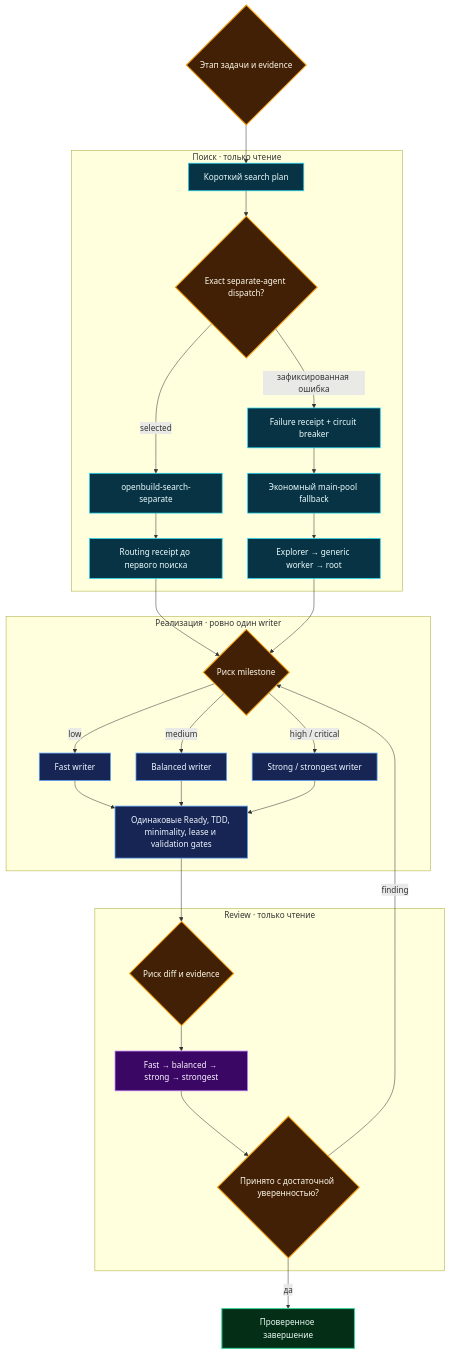
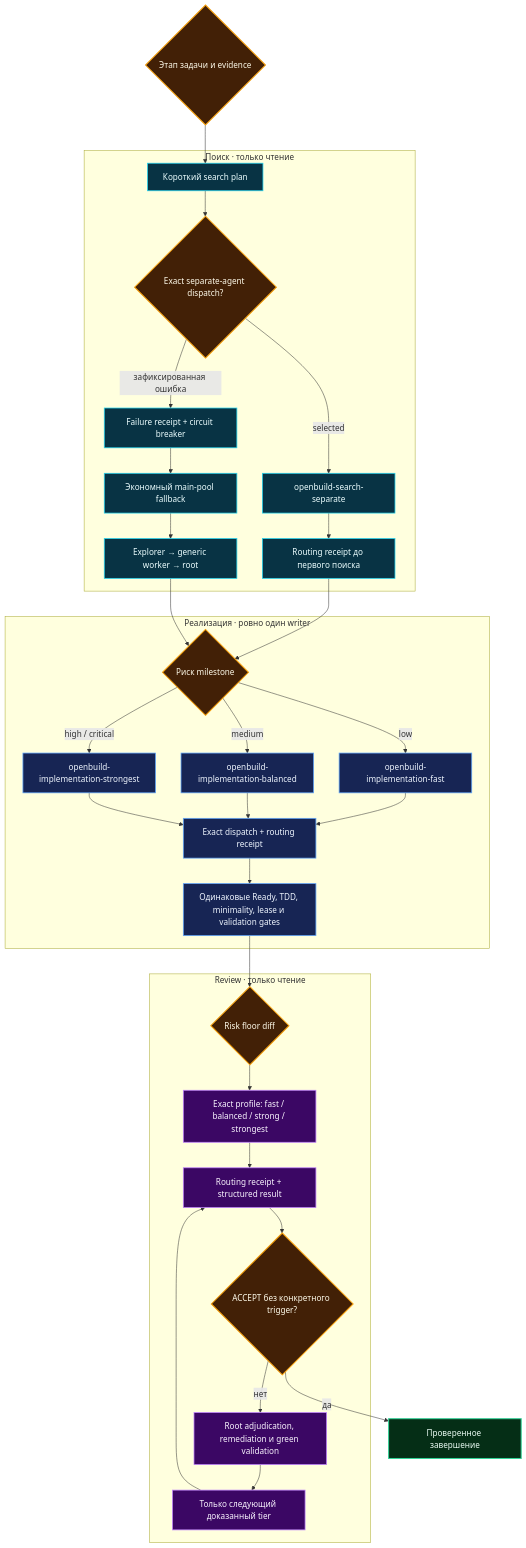
Before and after one commit to GeorgVahi/OpenBuild: the second of 3 diagrams in README.ru.md, drawn with Mermaid. The commit also changed other lines of this file and 12 other files, not shown here.

Commit message:
Enforce exact task model dispatch

````diff
--- a/README.ru.md
+++ b/README.ru.md
@@ -262,46 +262,50 @@
 ```mermaid
 flowchart TB
     R{"Этап задачи и evidence"}
 
     subgraph SEARCH["Поиск · только чтение"]
         S0["Короткий search plan"] --> S1{"Exact separate-agent dispatch?"}
         S1 -->|selected| S2["openbuild-search-separate"]
         S1 -->|зафиксированная ошибка| S5["Failure receipt + circuit breaker"]
         S5 --> S3["Экономный main-pool fallback"]
         S3 --> S4["Explorer → generic worker → root"]
         S2 --> S6["Routing receipt до первого поиска"]
     end
 
     subgraph WRITE["Реализация · ровно один writer"]
         W0{"Риск milestone"}
-        W0 -->|low| W1["Fast writer"]
-        W0 -->|medium| W2["Balanced writer"]
-        W0 -->|high / critical| W3["Strong / strongest writer"]
-        W1 --> W4["Одинаковые Ready, TDD, minimality, lease и validation gates"]
+        W0 -->|low| W1["openbuild-implementation-fast"]
+        W0 -->|medium| W2["openbuild-implementation-balanced"]
+        W0 -->|high / critical| W3["openbuild-implementation-strongest"]
+        W1 --> W4["Exact dispatch + routing receipt"]
         W2 --> W4
         W3 --> W4
+        W4 --> W5["Одинаковые Ready, TDD, minimality, lease и validation gates"]
     end
 
     subgraph REVIEW["Review · только чтение"]
-        V0{"Риск diff и evidence"} --> V1["Fast → balanced → strong → strongest"]
-        V1 --> V2{"Принято с достаточной уверенностью?"}
+        V0{"Risk floor diff"} --> V1["Exact profile: fast / balanced / strong / strongest"]
+        V1 --> V2["Routing receipt + structured result"]
+        V2 --> V3{"ACCEPT без конкретного trigger?"}
+        V3 -->|нет| V4["Root adjudication, remediation и green validation"]
+        V4 --> V5["Только следующий доказанный tier"]
+        V5 --> V2
     end
 
     R --> S0
     S6 --> W0
     S4 --> W0
-    W4 --> V0
-    V2 -->|finding| W0
-    V2 -->|да| Z["Проверенное завершение"]
+    W5 --> V0
+    V3 -->|да| Z["Проверенное завершение"]
 
     classDef decision fill:#422006,color:#fffbeb,stroke:#f59e0b,stroke-width:2px;
     classDef search fill:#083344,color:#ecfeff,stroke:#22d3ee,stroke-width:1.5px;
     classDef write fill:#172554,color:#eff6ff,stroke:#60a5fa,stroke-width:1.5px;
     classDef review fill:#3b0764,color:#faf5ff,stroke:#c084fc,stroke-width:1.5px;
     classDef done fill:#052e16,color:#ecfdf5,stroke:#34d399,stroke-width:2px;
-    class R,S1,W0,V0,V2 decision;
+    class R,S1,W0,V0,V3 decision;
     class S0,S2,S3,S4,S5,S6 search;
-    class W1,W2,W3,W4 write;
-    class V1 review;
+    class W1,W2,W3,W4,W5 write;
+    class V1,V2,V4,V5 review;
     class Z done;
 ```
````
